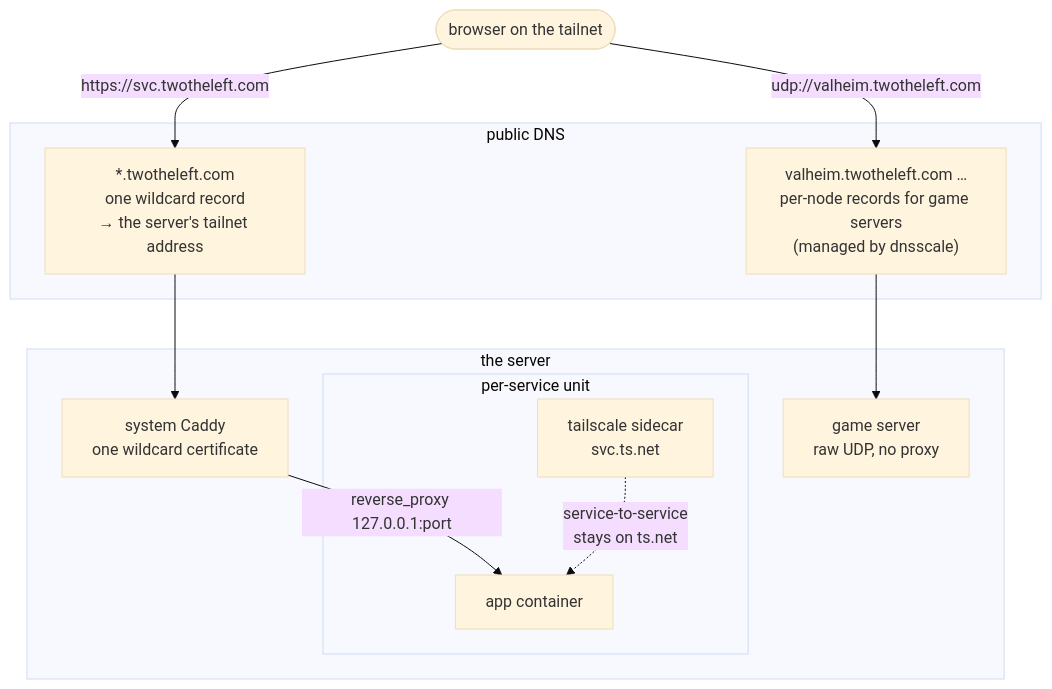
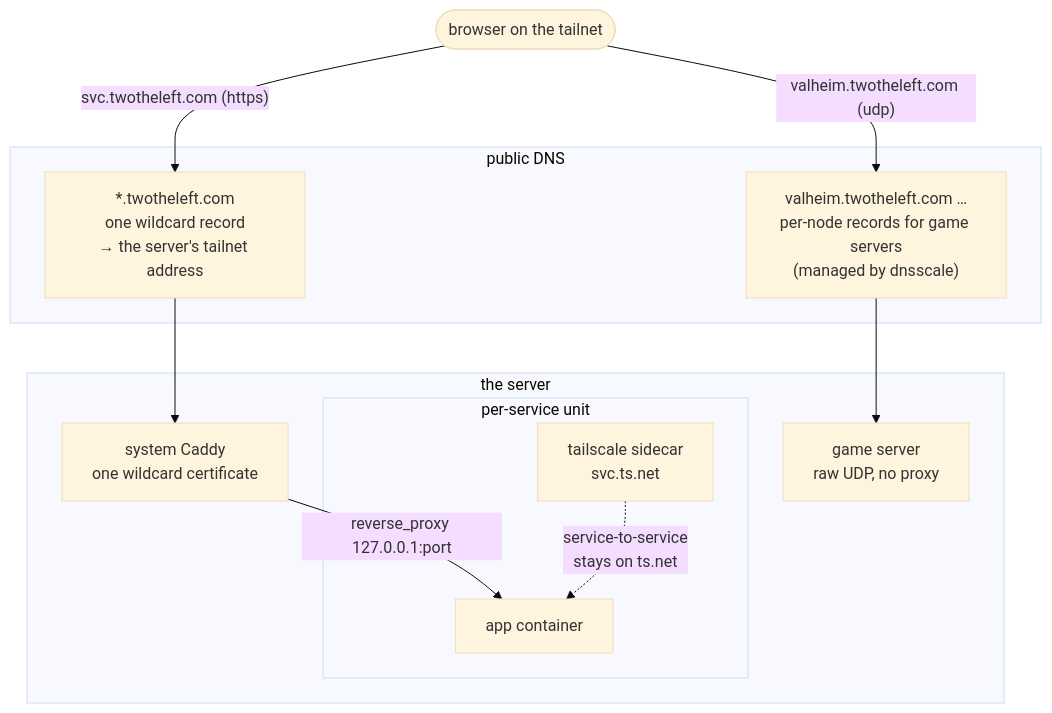
The first of 2 diagrams in _posts/2026-08-12-custom-dns-with-tailscale.md (jmeekhof/blog), drawn with Mermaid (base theme) before and after one commit.

Commit message:
Drop URL schemes from diagram edge labels (mermaid autolink error)

````diff
--- a/_posts/2026-08-12-custom-dns-with-tailscale.md
+++ b/_posts/2026-08-12-custom-dns-with-tailscale.md
@@ -89,25 +89,25 @@
 ```mermaid
 flowchart TB
   client([browser on the tailnet])
 
   subgraph dns["public DNS"]
     wild["*.twotheleft.com<br>one wildcard record<br>→ the server's tailnet address"]
     direct["valheim.twotheleft.com …<br>per-node records for game servers<br>(managed by dnsscale)"]
   end
 
   subgraph server["the server"]
     caddy["system Caddy<br>one wildcard certificate"]
     subgraph unit["per-service unit"]
       ts["tailscale sidecar<br>svc.ts.net"]
       app["app container"]
     end
     game["game server<br>raw UDP, no proxy"]
   end
 
-  client -->|"https://svc.twotheleft.com"| wild
+  client -->|"svc.twotheleft.com (https)"| wild
   wild --> caddy
   caddy -->|"reverse_proxy 127.0.0.1:port"| app
-  client -->|"udp://valheim.twotheleft.com"| direct
+  client -->|"valheim.twotheleft.com (udp)"| direct
   direct --> game
   ts -.->|"service-to-service<br>stays on ts.net"| app
 ```
````
